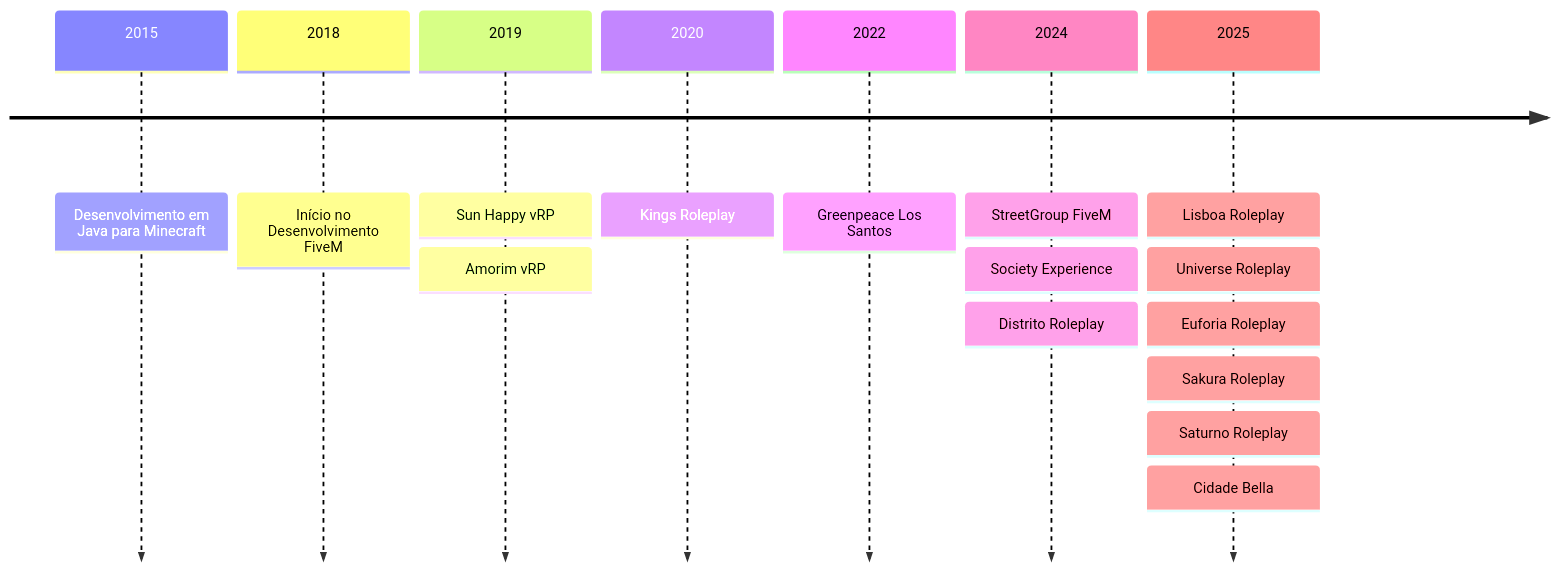
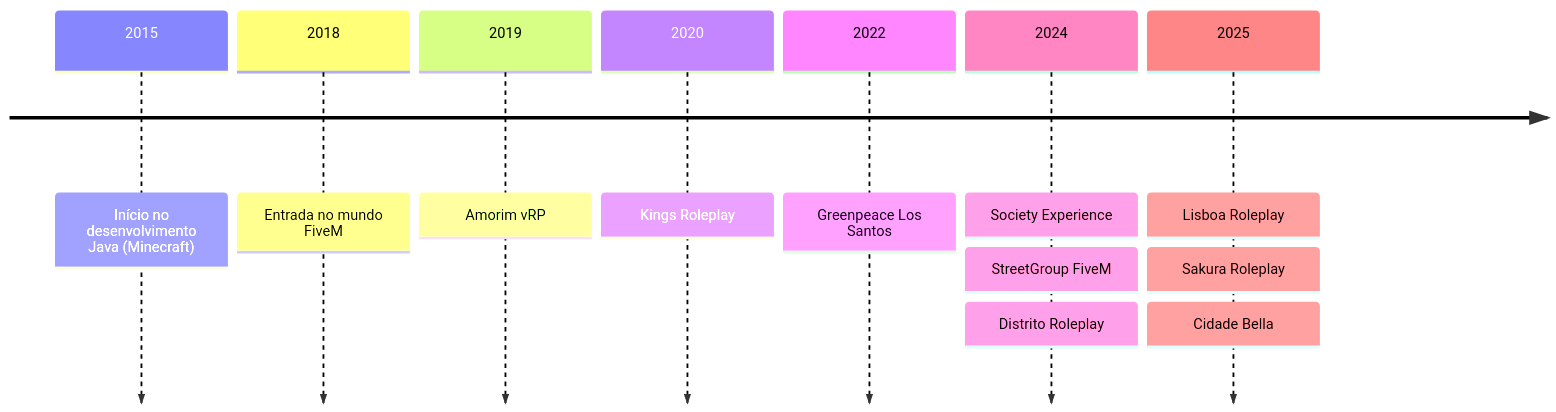
The diagram in README.md (GabrielPPassos/GabrielPPassos), drawn with Mermaid before and after one commit. The commit also changed other lines of this file, not shown here.

````diff
--- a/README.md
+++ b/README.md
@@ -57,18 +53,14 @@
 ```mermaid
 timeline
-    2015 : Desenvolvimento em Java para Minecraft
-    2018 : Início no Desenvolvimento FiveM
-    2019 : Sun Happy vRP
-        : Amorim vRP
+    2015 : Início no desenvolvimento Java (Minecraft)
+    2018 : Entrada no mundo FiveM
+    2019 : Amorim vRP
     2020 : Kings Roleplay
     2022 : Greenpeace Los Santos
-    2024 : StreetGroup FiveM
-        : Society Experience
+    2024 : Society Experience
+        : StreetGroup FiveM
         : Distrito Roleplay
     2025 : Lisboa Roleplay
-        : Universe Roleplay
-        : Euforia Roleplay
         : Sakura Roleplay
-        : Saturno Roleplay
         : Cidade Bella
 ```
````
